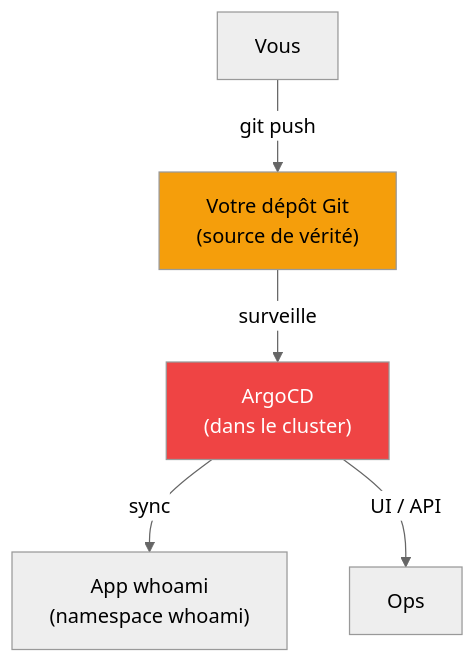
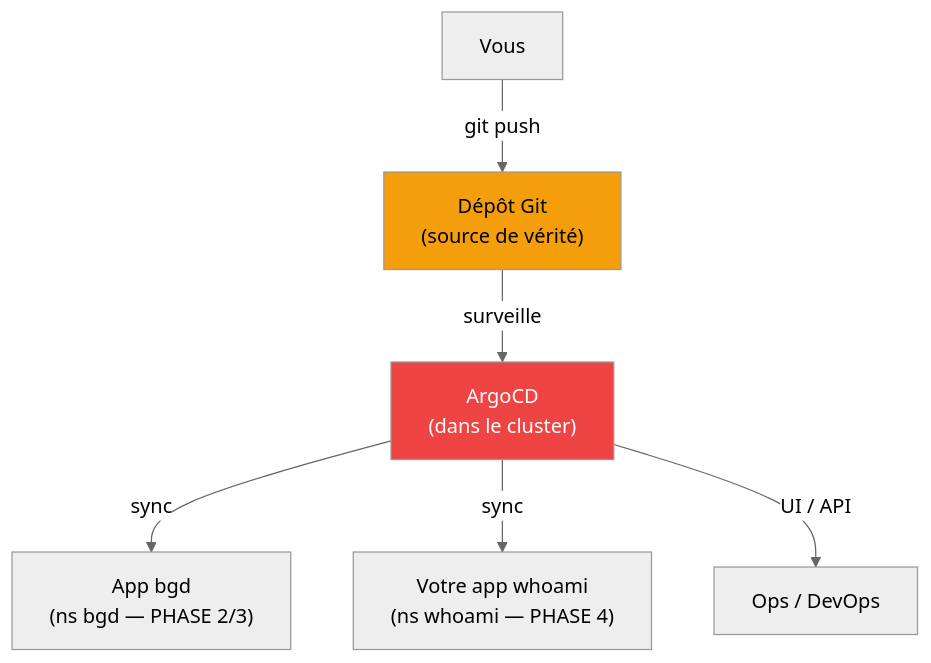
Before and after one commit to bngams/2607-k8s-intro: the second of 2 diagrams in 2-K8S-INTRO-ARGO.md, drawn with Mermaid (neutral theme). The commit also changed other lines of this file and 30 other files, not shown here.

````diff
--- a/2-K8S-INTRO-ARGO.md
+++ b/2-K8S-INTRO-ARGO.md
@@ -373,9 +469,10 @@
 ```mermaid
 graph TD
-  Git["Votre dépôt Git<br/>(source de vérité)"] -->|surveille| Argo["ArgoCD<br/>(dans le cluster)"]
-  Argo -->|sync| Whoami["App whoami<br/>(namespace whoami)"]
+  Git["Dépôt Git<br/>(source de vérité)"] -->|surveille| Argo["ArgoCD<br/>(dans le cluster)"]
+  Argo -->|sync| BGD["App bgd<br/>(ns bgd — PHASE 2/3)"]
+  Argo -->|sync| Whoami["Votre app whoami<br/>(ns whoami — PHASE 4)"]
   Dev["Vous"] -->|git push| Git
-  Argo -->|UI / API| Ops["Ops"]
+  Argo -->|UI / API| Ops["Ops / DevOps"]
   style Git fill:#f59e0b,color:#000
   style Argo fill:#ef4444,color:#fff
 ```
````
